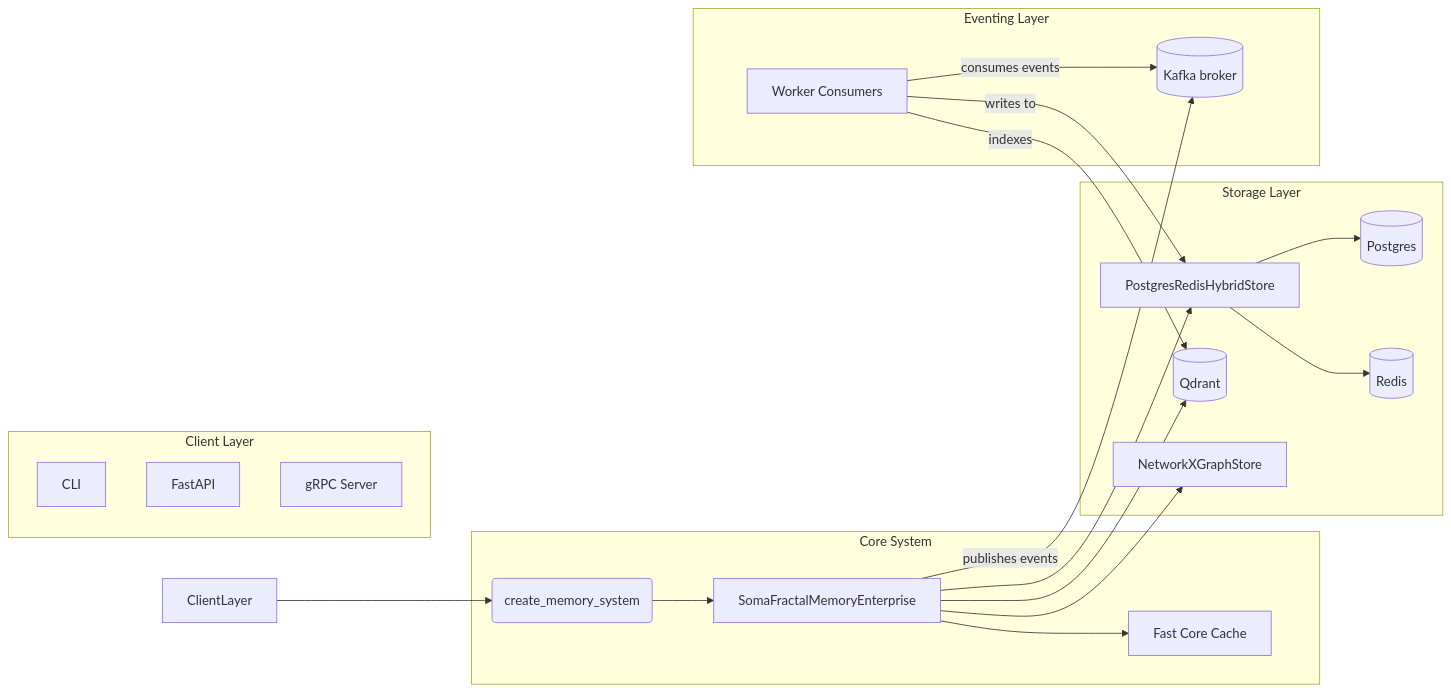
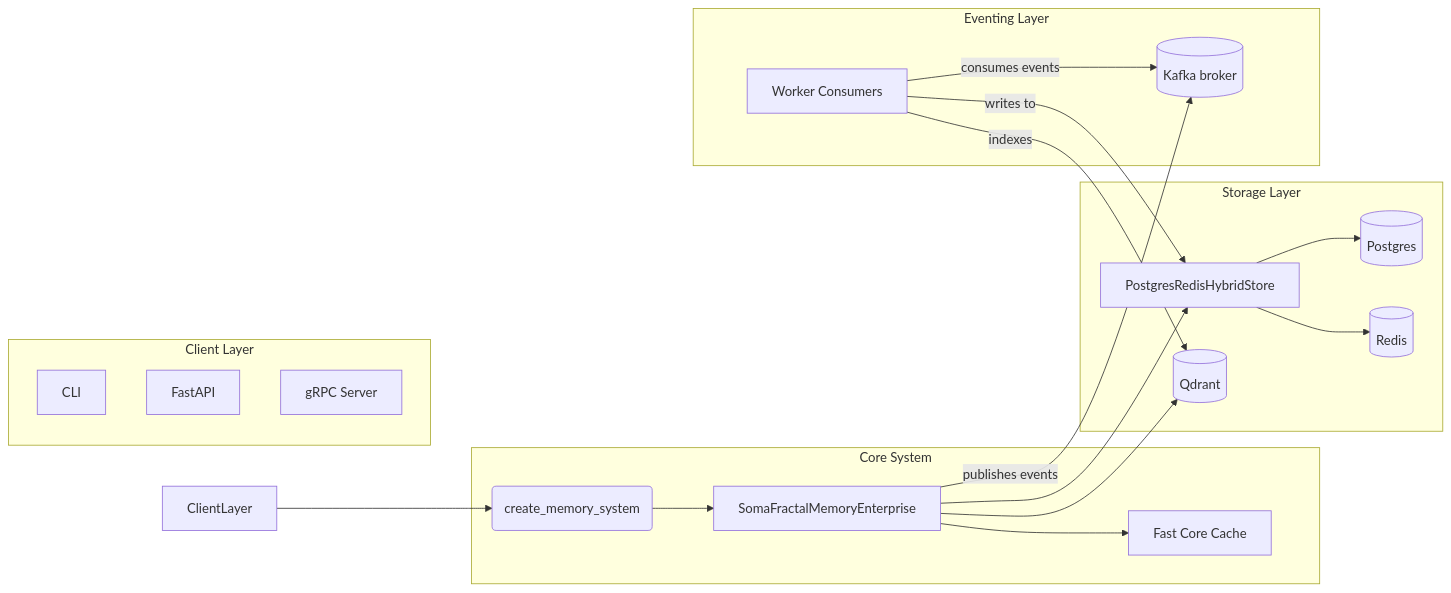
One commit to somatechlat/somafractalmemory changed the first of 4 diagrams in docs/DEVELOPER_MANUAL.md. Above: the diagram before and after it, drawn with Mermaid. The commit also changed other lines of this file and 42 other files, not shown here.

````diff
--- a/docs/DEVELOPER_MANUAL.md
+++ b/docs/DEVELOPER_MANUAL.md
@@ -33,40 +32,38 @@
 ```mermaid
 flowchart LR
    subgraph "Client Layer"
       CLI[CLI]
       FastAPI[FastAPI]
       gRPC[gRPC Server]
    end
 
    subgraph "Core System"
       Factory(create_memory_system)
       Core[SomaFractalMemoryEnterprise]
       FastCore[Fast Core Cache]
    end
 
    subgraph "Storage Layer"
       HybridStore[PostgresRedisHybridStore]
       Postgres[(Postgres)]
       Redis[(Redis)]
       Qdrant[(Qdrant)]
-      GraphStore[NetworkXGraphStore]
    end
 
    subgraph "Eventing Layer"
       Kafka[(Kafka broker)]
       Consumer[Worker Consumers]
    end
 
    ClientLayer --> Factory
    Factory --> Core
    Core --> HybridStore
    Core --> Qdrant
-   Core --> GraphStore
    Core --> FastCore
    HybridStore --> Postgres
    HybridStore --> Redis
    Core -- publishes events --> Kafka
    Consumer -- consumes events --> Kafka
    Consumer -- writes to --> HybridStore
    Consumer -- indexes --> Qdrant
 ```
````
